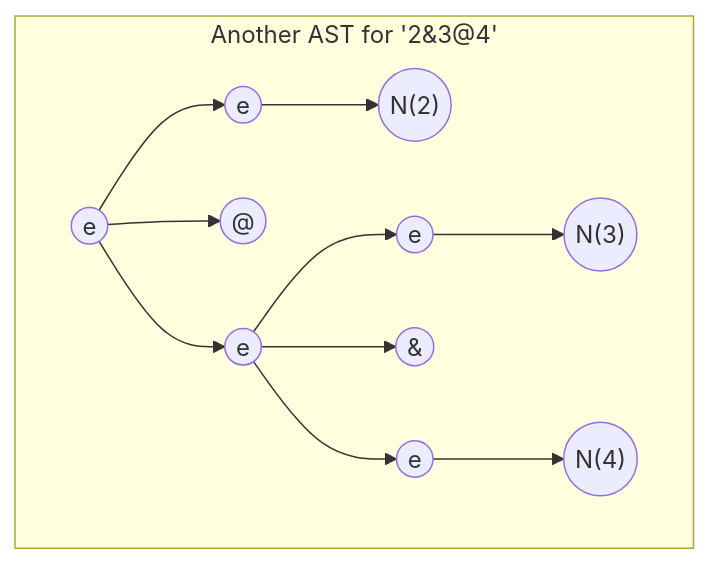
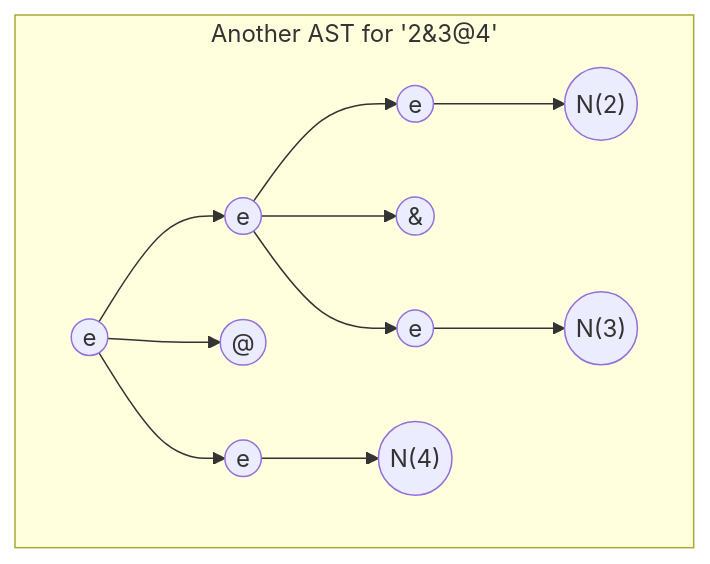
The second of 2 diagrams in docs/src/practicas/hello-compiler.md (gh-cli-for-education/gh-education), drawn with Mermaid before and after one commit.

````diff
--- a/docs/src/practicas/hello-compiler.md
+++ b/docs/src/practicas/hello-compiler.md
@@ -108,14 +108,14 @@
 ```mermaid
 graph TB
   subgraph "Another AST for '2&3@4'"
     A((e))--> B((e))
     A-->C(("@"))
     A-->D((e))
-    B--> F(("N(2)"))
-    D-->G((e))
-    D-->H(("&"))
-    D-->I((e))
-    G-->K(("N(3)"))
-    I-->L(("N(4)"))
+    B-->F(("e"))
+    B-->G(("&"))
+    B-->H(("e"))
+    D-->I(("N(4)"))
+    F-->K(("N(2)"))
+    H-->L(("N(3)"))
   end
 ```
````
